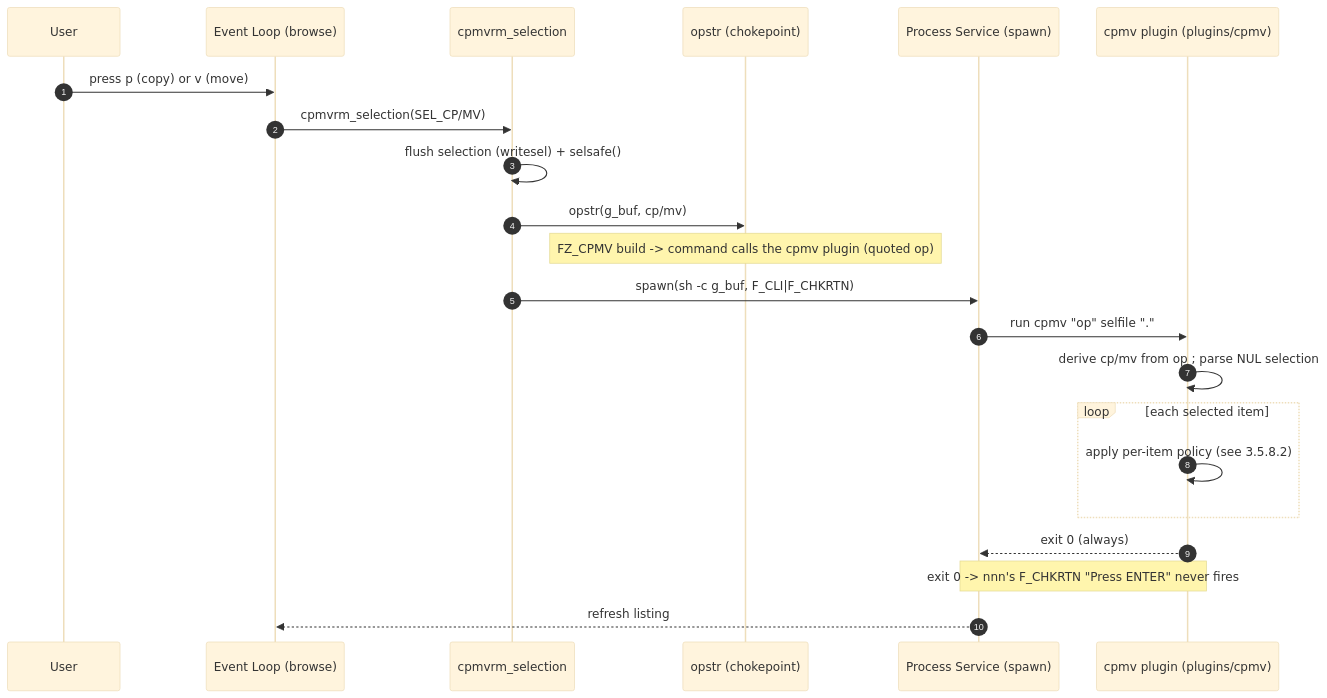
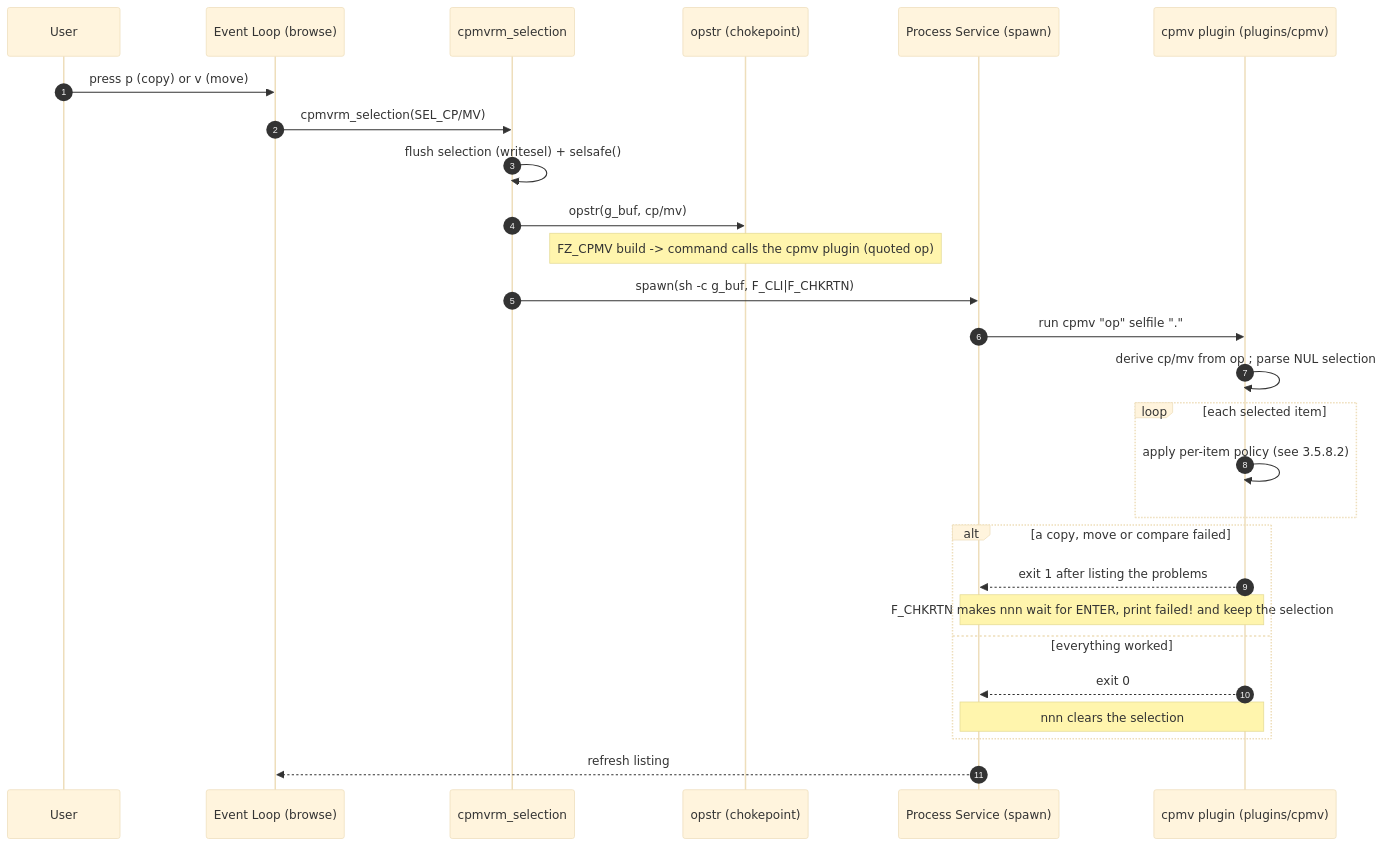
Diagram 15 of 48 in docs/nnn_Software_Design.md (techcaotri/nnn), drawn with Mermaid (base theme) before and after one commit. The commit also changed other lines of this file and 14 other files, not shown here.

````diff
--- a/docs/nnn_Software_Design.md
+++ b/docs/nnn_Software_Design.md
@@ -932,26 +932,31 @@
 ```mermaid
 %% Sequence: p/v -> opstr -> cpmv plugin (FileZilla-style)
 sequenceDiagram
     autonumber
     participant U as User
     participant L as Event Loop (browse)
     participant CM as cpmvrm_selection
     participant OP as opstr (chokepoint)
     participant SP as Process Service (spawn)
     participant PL as cpmv plugin (plugins/cpmv)
 
     U->>L: press p (copy) or v (move)
     L->>CM: cpmvrm_selection(SEL_CP/MV)
     CM->>CM: flush selection (writesel) + selsafe()
     CM->>OP: opstr(g_buf, cp/mv)
     Note over OP: FZ_CPMV build -> command calls the cpmv plugin (quoted op)
     CM->>SP: spawn(sh -c g_buf, F_CLI|F_CHKRTN)
     SP->>PL: run cpmv "op" selfile "."
     PL->>PL: derive cp/mv from op #59; parse NUL selection
     loop each selected item
         PL->>PL: apply per-item policy (see 3.5.8.2)
     end
-    PL-->>SP: exit 0 (always)
-    Note over SP,PL: exit 0 -> nnn's F_CHKRTN "Press ENTER" never fires
+    alt a copy, move or compare failed
+        PL-->>SP: exit 1 after listing the problems
+        Note over SP,PL: F_CHKRTN makes nnn wait for ENTER, print failed! and keep the selection
+    else everything worked
+        PL-->>SP: exit 0
+        Note over SP,PL: nnn clears the selection
+    end
     SP-->>L: refresh listing
 ```
````
